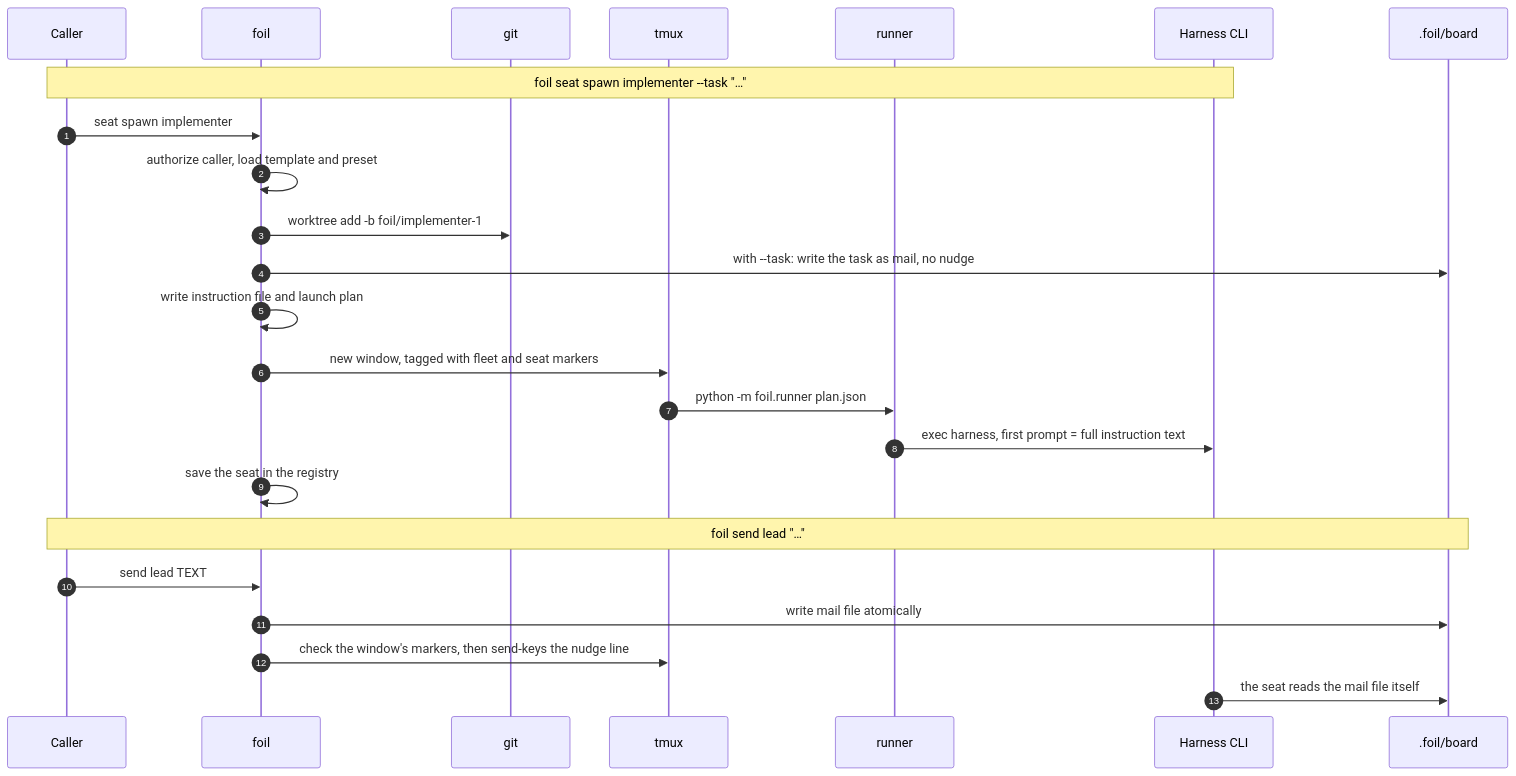
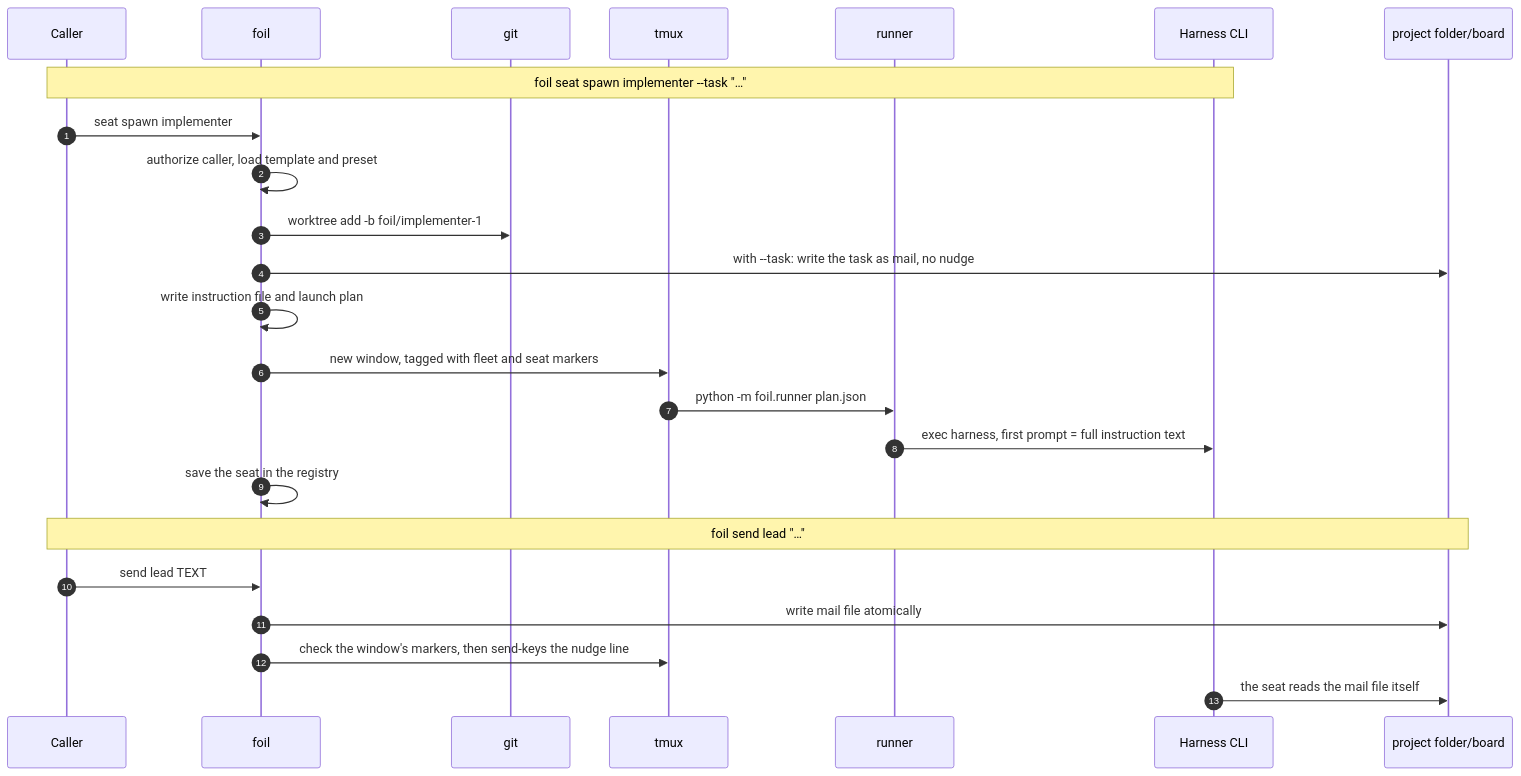
The second of 2 diagrams in docs/architecture.md (TiantianFlow/foil), drawn with Mermaid before and after one commit. The commit also changed other lines of this file and 12 other files, not shown here.

````diff
--- a/docs/architecture.md
+++ b/docs/architecture.md
@@ -90,28 +90,28 @@
 ```mermaid
 sequenceDiagram
   autonumber
   participant C as Caller
   participant F as foil
   participant G as git
   participant T as tmux
   participant R as runner
   participant H as Harness CLI
-  participant B as .foil/board
+  participant B as project folder/board
 
   Note over C,H: foil seat spawn implementer --task "…"
   C->>F: seat spawn implementer
   F->>F: authorize caller, load template and preset
   F->>G: worktree add -b foil/implementer-1
   F->>B: with --task: write the task as mail, no nudge
   F->>F: write instruction file and launch plan
   F->>T: new window, tagged with fleet and seat markers
   T->>R: python -m foil.runner plan.json
   R->>H: exec harness, first prompt = full instruction text
   F->>F: save the seat in the registry
 
   Note over C,B: foil send lead "…"
   C->>F: send lead TEXT
   F->>B: write mail file atomically
   F->>T: check the window's markers, then send-keys the nudge line
   H->>B: the seat reads the mail file itself
 ```
````
